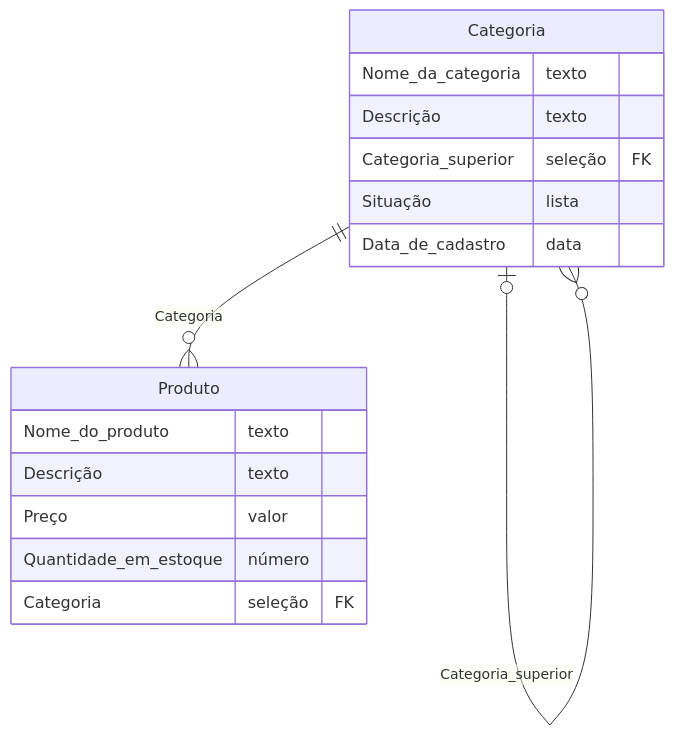
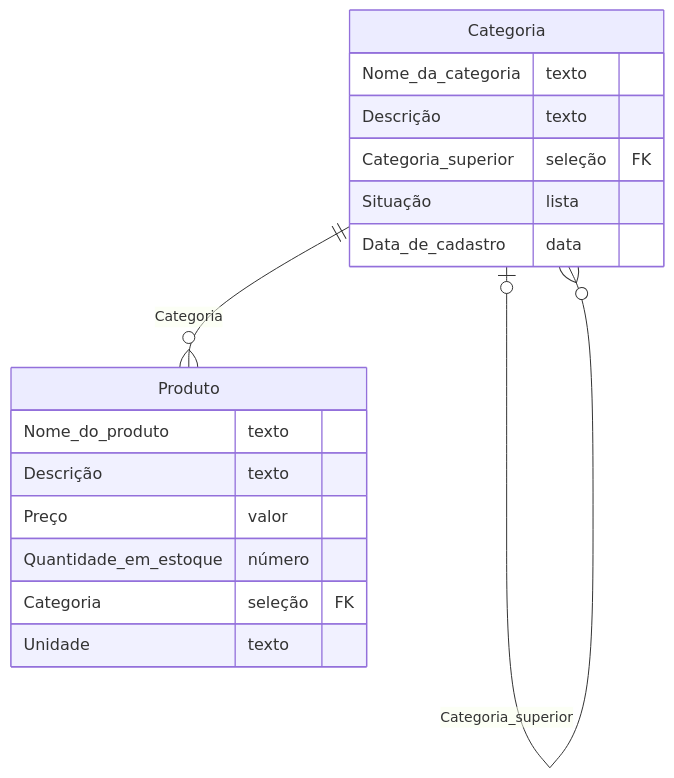
One commit to andromarcio/loja-acme-simulacao changed the second of 4 diagrams in global/DIAGRAMA-ER.md. Above: the diagram before and after it, drawn with Mermaid. The commit also changed 3 other files, not shown here.

````diff
--- a/global/DIAGRAMA-ER.md
+++ b/global/DIAGRAMA-ER.md
@@ -28,19 +28,20 @@
 ```mermaid
 erDiagram
   Categoria {
     Nome_da_categoria texto
     Descrição texto
     Categoria_superior seleção FK
     Situação lista
     Data_de_cadastro data
   }
   Produto {
     Nome_do_produto texto
     Descrição texto
     Preço valor
     Quantidade_em_estoque número
     Categoria seleção FK
+    Unidade texto
   }
   Categoria |o--o{ Categoria : "Categoria_superior"
   Categoria ||--o{ Produto : "Categoria"
 ```
````
